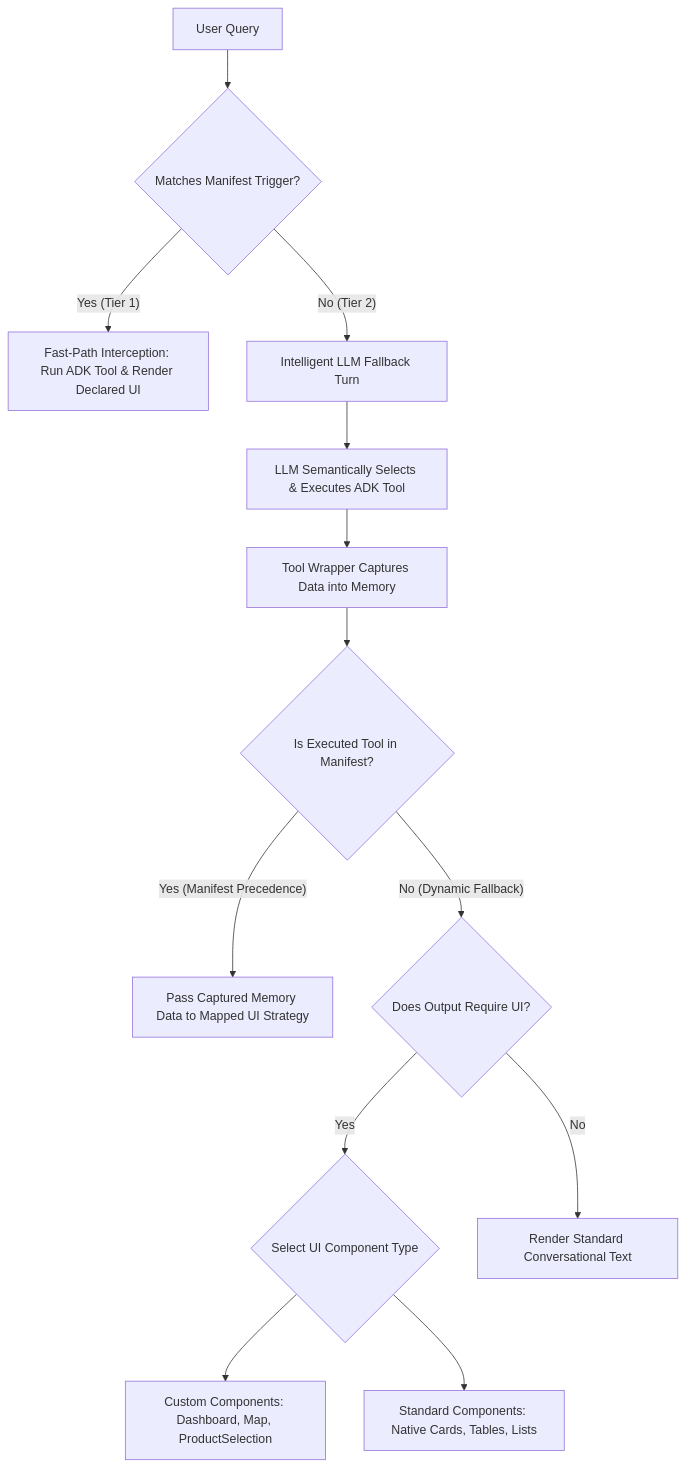
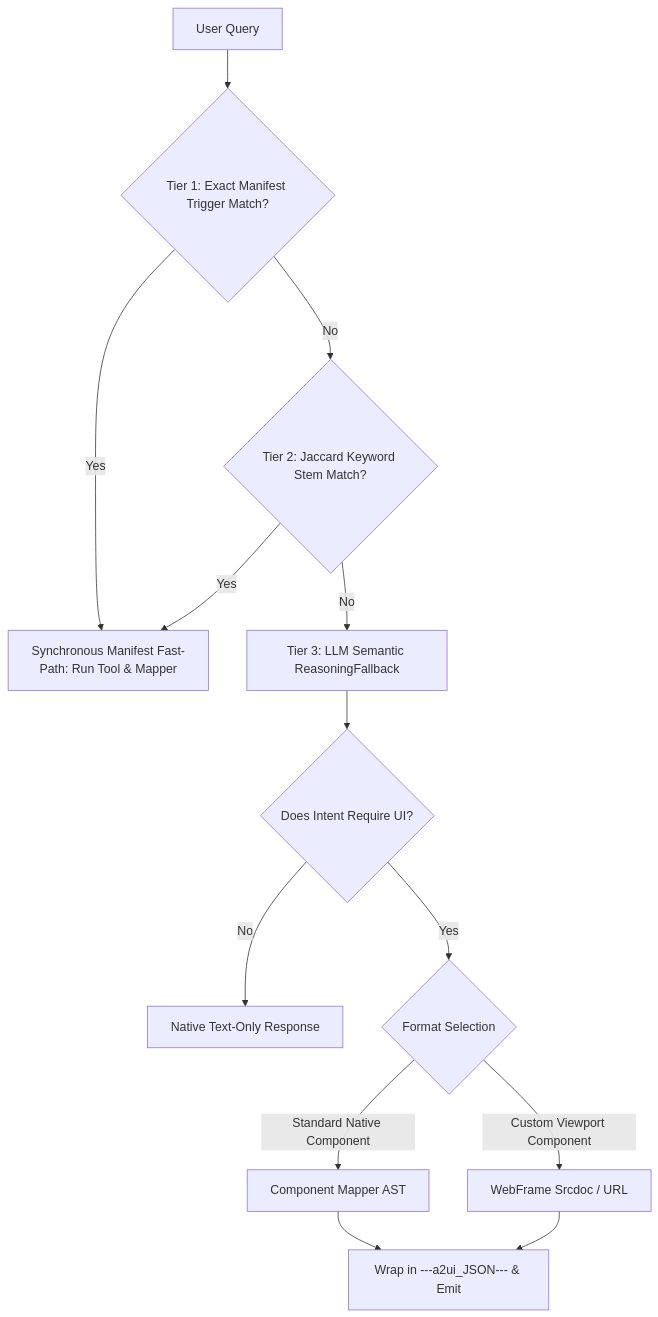
The diagram in architecture.md (acombs121/ge-claims), drawn with Mermaid before and after one commit. The commit also changed other lines of this file and 29 other files, not shown here.

````diff
--- a/architecture.md
+++ b/architecture.md
@@ -43,15 +18,15 @@
 ```mermaid
 graph TD
-    A[User Query] --> B{Matches Manifest Trigger?}
-    B -- Yes (Tier 1) --> C[Fast-Path Interception: Run ADK Tool & Render Declared UI]
-    B -- No (Tier 2) --> D[Intelligent LLM Fallback Turn]
-    D --> E[LLM Semantically Selects & Executes ADK Tool]
-    E --> F[Tool Wrapper Captures Data into Memory]
-    F --> G{Is Executed Tool in Manifest?}
-    G -- Yes (Manifest Precedence) --> H[Pass Captured Memory Data to Mapped UI Strategy]
-    G -- No (Dynamic Fallback) --> I{Does Output Require UI?}
-    I -- Yes --> J{Select UI Component Type}
-    I -- No --> K[Render Standard Conversational Text]
-    J --> L[Custom Components: Dashboard, Map, ProductSelection]
-    J --> M[Standard Components: Native Cards, Tables, Lists]
+    A[User Query] --> B{Tier 1: Exact Manifest Trigger Match?}
+    B -- Yes --> C[Synchronous Manifest Fast-Path: Run Tool & Mapper]
+    B -- No --> D{Tier 2: Jaccard Keyword Stem Match?}
+    D -- Yes --> C
+    D -- No --> E[Tier 3: LLM Semantic ReasoningFallback]
+    E --> F{Does Intent Require UI?}
+    F -- No --> G[Native Text-Only Response]
+    F -- Yes --> H{Format Selection}
+    H -->|Standard Native Component| I[Component Mapper AST]
+    H -->|Custom Viewport Component| J[WebFrame Srcdoc / URL]
+    I --> K[Wrap in ---a2ui_JSON--- & Emit]
+    J --> K
 ```
````
